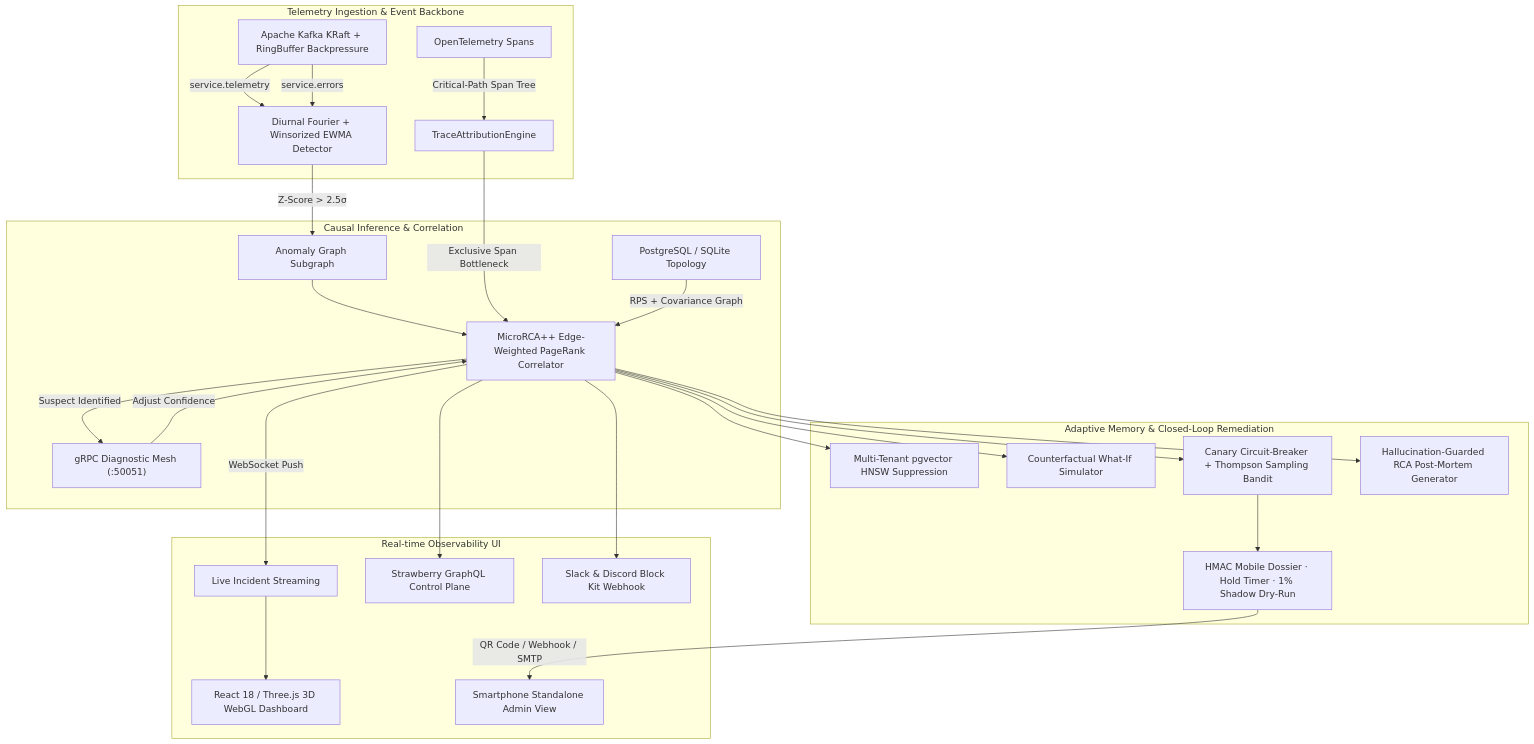
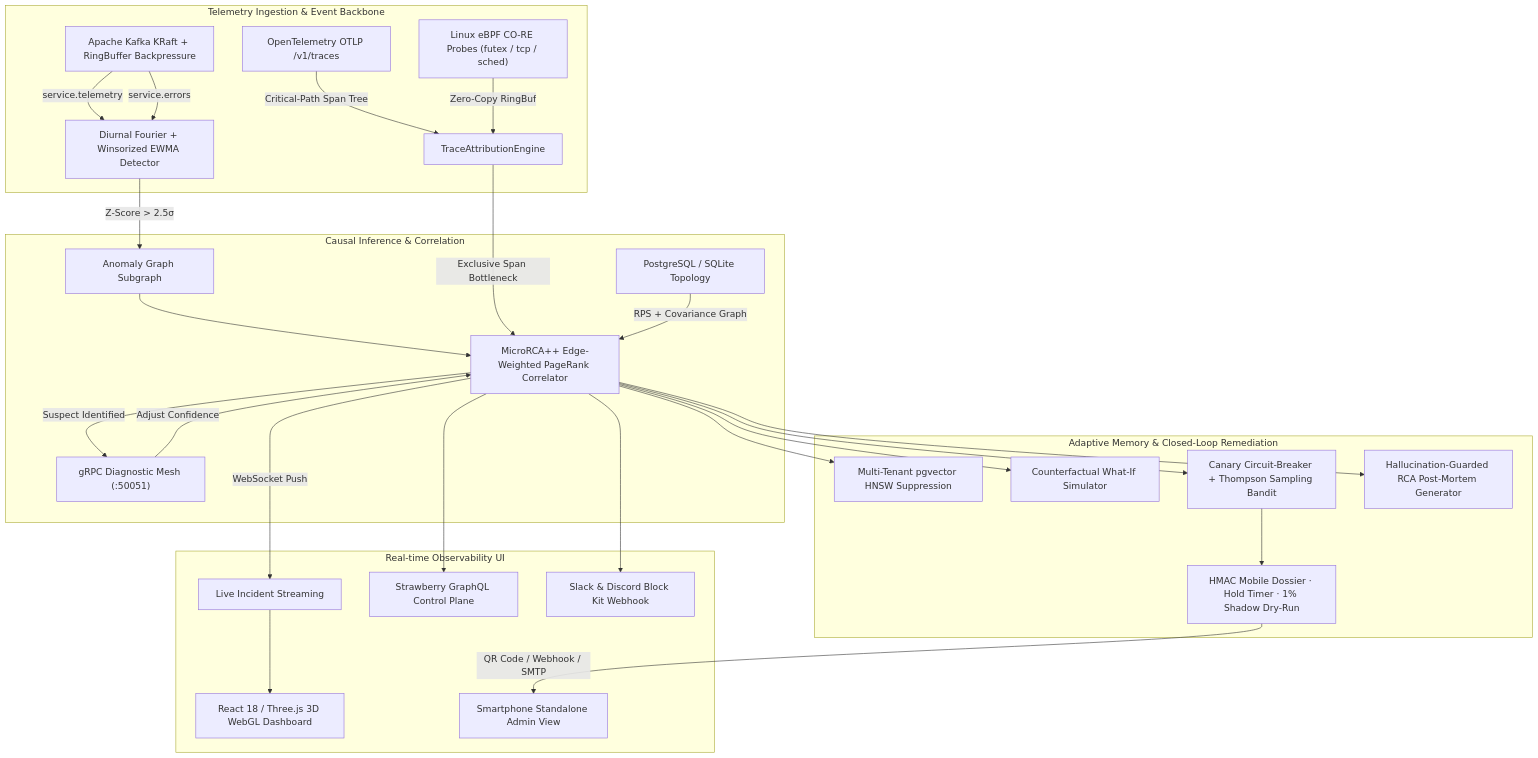
Before and after one commit to kartik-012/AIOps---Root-Cause-Correlator: the diagram in README.md, drawn with Mermaid. The commit also changed other lines of this file and 8 other files, not shown here.

Commit message:
feat(ebpf-otlp): add Linux eBPF CO-RE kernel probes, OTLP /v1/traces receiver, visual showcase, and Principal SRE interview playbook

````diff
--- a/README.md
+++ b/README.md
@@ -161,33 +171,34 @@
 ```mermaid
 flowchart TD
     subgraph DataPlane ["Telemetry Ingestion & Event Backbone"]
         K1["Apache Kafka KRaft + RingBuffer Backpressure"] -->|service.telemetry| E1["Diurnal Fourier + Winsorized EWMA Detector"]
         K1 -->|service.errors| E1
-        OT["OpenTelemetry Spans"] -->|Critical-Path Span Tree| TA["TraceAttributionEngine"]
+        OT["OpenTelemetry OTLP /v1/traces"] -->|Critical-Path Span Tree| TA["TraceAttributionEngine"]
+        EBPF["Linux eBPF CO-RE Probes (futex / tcp / sched)"] -->|Zero-Copy RingBuf| TA
     end
 
     subgraph AnalyticsEngine ["Causal Inference & Correlation"]
         E1 -->|Z-Score > 2.5σ| AG["Anomaly Graph Subgraph"]
         AG --> CE["MicroRCA++ Edge-Weighted PageRank Correlator"]
         TA -->|Exclusive Span Bottleneck| CE
         G_SVC["PostgreSQL / SQLite Topology"] -->|RPS + Covariance Graph| CE
         CE -->|Suspect Identified| GRPC["gRPC Diagnostic Mesh (:50051)"]
         GRPC -->|Adjust Confidence| CE
     end
 
     subgraph MemoryIntelligence ["Adaptive Memory & Closed-Loop Remediation"]
         CE --> SE["Multi-Tenant pgvector HNSW Suppression"]
         CE --> CF["Counterfactual What-If Simulator"]
         CE --> REM["Canary Circuit-Breaker + Thompson Sampling Bandit"]
         REM --> GOV["HMAC Mobile Dossier · Hold Timer · 1% Shadow Dry-Run"]
         CE --> LLM["Hallucination-Guarded RCA Post-Mortem Generator"]
     end
 
     subgraph PresentationPlane ["Real-time Observability UI"]
         CE -->|WebSocket Push| WS["Live Incident Streaming"]
         WS --> UI["React 18 / Three.js 3D WebGL Dashboard"]
         GOV -->|QR Code / Webhook / SMTP| PHONE["Smartphone Standalone Admin View"]
         CE --> GQL["Strawberry GraphQL Control Plane"]
         CE --> SLACK["Slack & Discord Block Kit Webhook"]
     end
 ```
````
